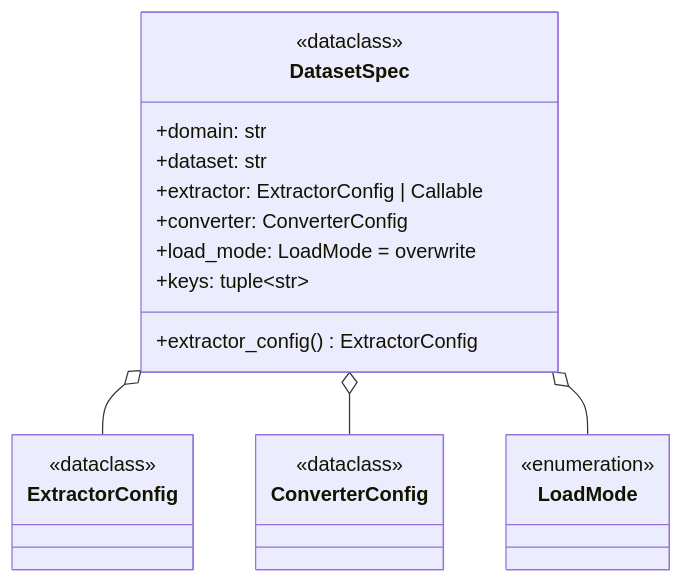
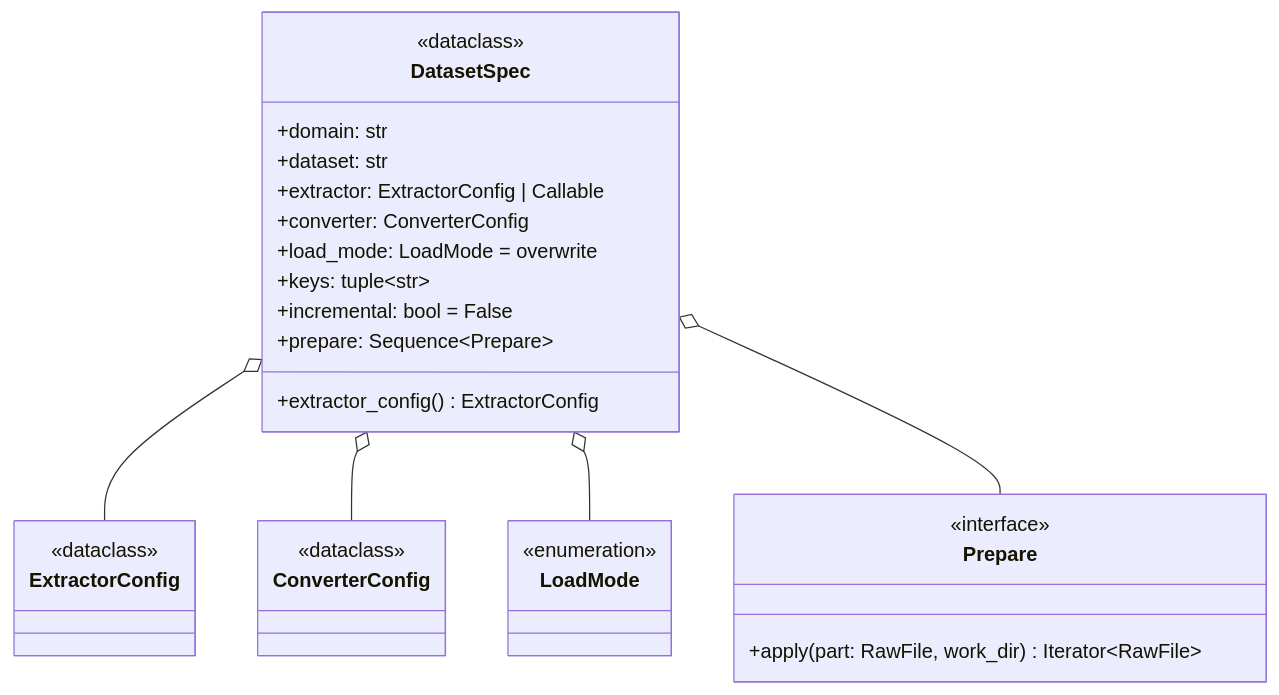
One commit to GovHub-br/data-application-cidades changed the sixth of 9 diagrams in docs/ingestao/diagrama-classes.md. Above: the diagram before and after it, drawn with Mermaid. The commit also changed other lines of this file and 5 other files, not shown here.

First line of the commit message:
docs(ingestao): Fase 6b no diagrama, diagnóstico, comparação e aprendizados

````diff
--- a/docs/ingestao/diagrama-classes.md
+++ b/docs/ingestao/diagrama-classes.md
@@ -548,26 +576,33 @@
 ```mermaid
 classDiagram
     class DatasetSpec {
         <<dataclass>>
         +domain: str
         +dataset: str
         +extractor: ExtractorConfig | Callable
         +converter: ConverterConfig
         +load_mode: LoadMode = overwrite
         +keys: tuple~str~
+        +incremental: bool = False
+        +prepare: Sequence~Prepare~
         +extractor_config() ExtractorConfig
+    }
+    class Prepare {
+        <<interface>>
+        +apply(part: RawFile, work_dir) Iterator~RawFile~
     }
     class ExtractorConfig {
         <<dataclass>>
     }
     class ConverterConfig {
         <<dataclass>>
     }
     class LoadMode {
         <<enumeration>>
     }
 
     DatasetSpec o-- ExtractorConfig
     DatasetSpec o-- ConverterConfig
     DatasetSpec o-- LoadMode
+    DatasetSpec o-- Prepare
 ```
````
